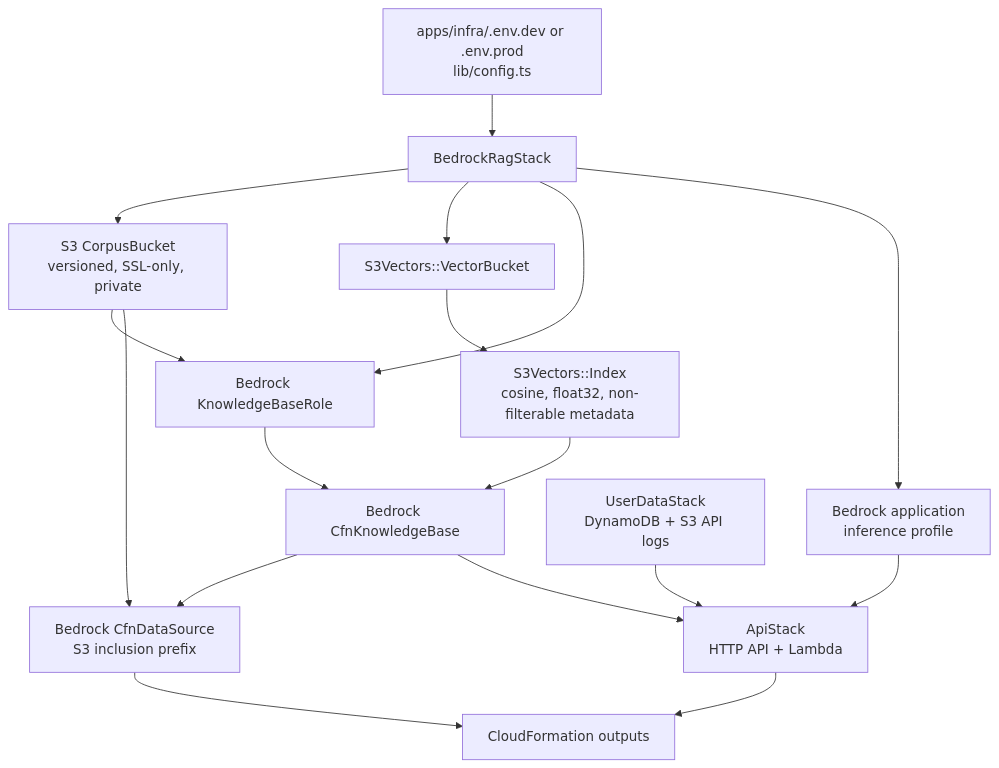
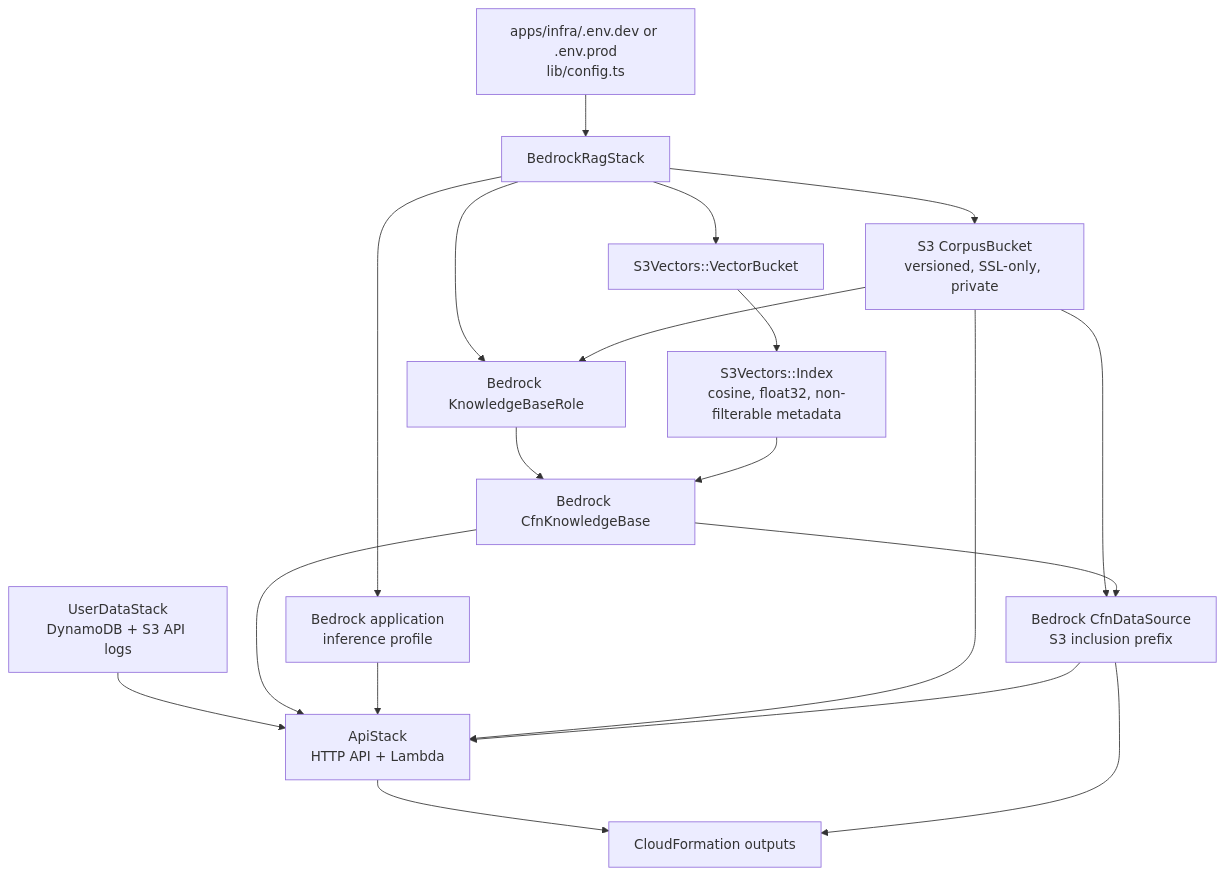
One commit to ava-collins/simple-tarot changed the second of 3 diagrams in docs/bedrock_rag_api_integration.md. Above: the diagram before and after it, drawn with Mermaid. The commit also changed other lines of this file and 15 other files, not shown here.

````diff
--- a/docs/bedrock_rag_api_integration.md
+++ b/docs/bedrock_rag_api_integration.md
@@ -183,32 +199,34 @@
 ```mermaid
 flowchart TB
     Config["apps/infra/.env.dev or .env.prod<br/>lib/config.ts"]
     Stack["BedrockRagStack"]
     Bucket["S3 CorpusBucket<br/>versioned, SSL-only, private"]
     VectorBucket["S3Vectors::VectorBucket"]
     Index["S3Vectors::Index<br/>cosine, float32, non-filterable metadata"]
     Role["Bedrock KnowledgeBaseRole"]
     KB["Bedrock CfnKnowledgeBase"]
     DS["Bedrock CfnDataSource<br/>S3 inclusion prefix"]
     Profile["Bedrock application<br/>inference profile"]
     UserData["UserDataStack<br/>DynamoDB + S3 API logs"]
     APIStack["ApiStack<br/>HTTP API + Lambda"]
     Outputs["CloudFormation outputs"]
 
     Config --> Stack
     Stack --> Bucket
     Stack --> VectorBucket
     VectorBucket --> Index
     Stack --> Role
     Bucket --> Role
     Role --> KB
     Index --> KB
     Stack --> Profile
     Bucket --> DS
     KB --> DS
     UserData --> APIStack
     KB --> APIStack
     Profile --> APIStack
+    Bucket --> APIStack
+    DS --> APIStack
     APIStack --> Outputs
     DS --> Outputs
 ```
````
